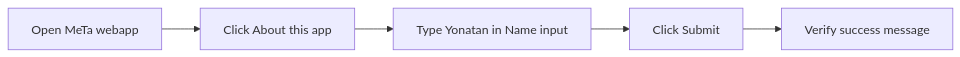
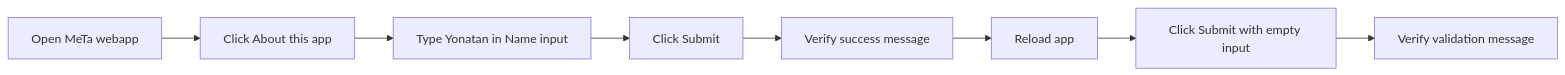
The diagram in docs/har-scenario.md (y0ncha/meta-final-project), drawn with Mermaid before and after one commit. The commit also changed other lines of this file and 51 other files, not shown here.

````diff
--- a/docs/har-scenario.md
+++ b/docs/har-scenario.md
@@ -10,7 +10,10 @@
 ```mermaid
 flowchart LR
   A["Open MeTa webapp"] --> B["Click About this app"]
   B --> C["Type Yonatan in Name input"]
   C --> D["Click Submit"]
   D --> E["Verify success message"]
+  E --> F["Reload app"]
+  F --> G["Click Submit with empty input"]
+  G --> H["Verify validation message"]
 ```
````
